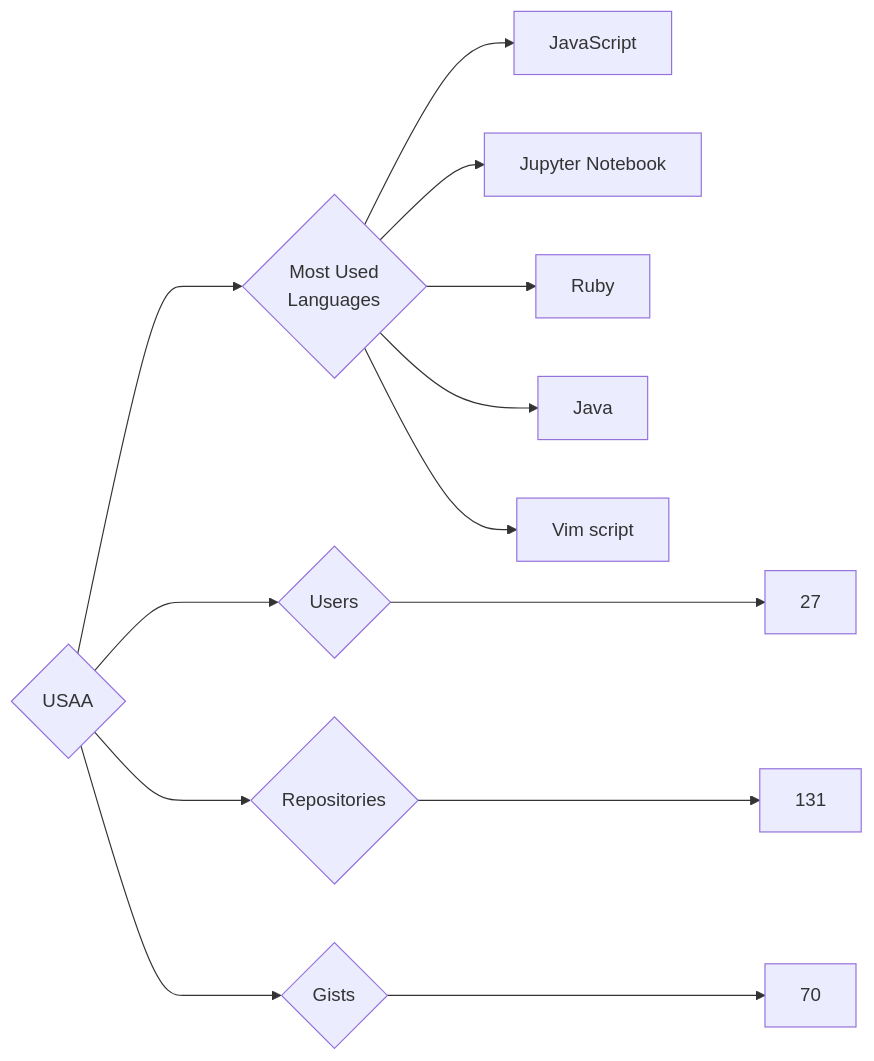
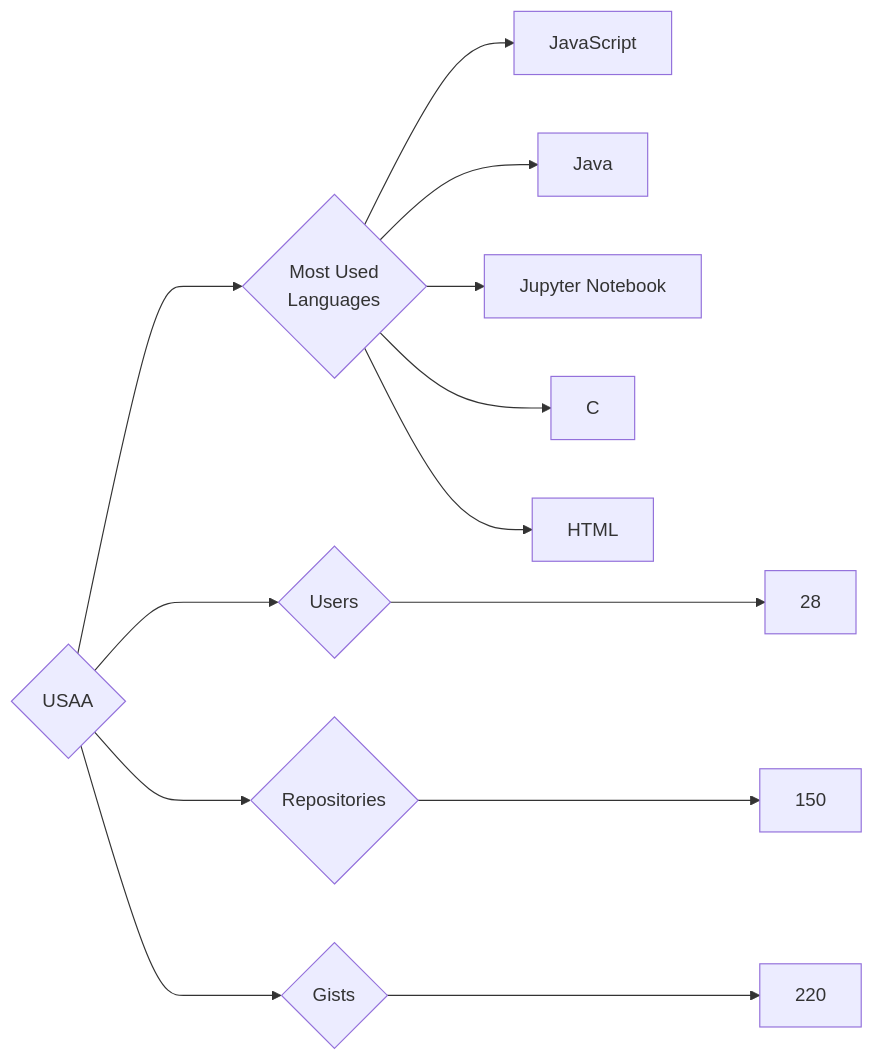
The diagram in targets/USAA/README.md (trickest/insiders), drawn with Mermaid before and after one commit. The commit also changed 829 other files, not shown here.

````diff
--- a/targets/USAA/README.md
+++ b/targets/USAA/README.md
@@ -3,13 +3,13 @@
 ```mermaid
 graph LR
 COMPANY_NAME{USAA}
-COMPANY_NAME ---> U{Users} ---> UN[27]
-COMPANY_NAME ---> R{Repositories} ---> RN[131]
-COMPANY_NAME ---> G{Gists} ---> GN[70]
+COMPANY_NAME ---> U{Users} ---> UN[28]
+COMPANY_NAME ---> R{Repositories} ---> RN[150]
+COMPANY_NAME ---> G{Gists} ---> GN[220]
 COMPANY_NAME ---> ML{Most Used<br>Languages}
 ML --> JavaScript[JavaScript]
+ML --> Java[Java]
 ML --> Jupyter_Notebook[Jupyter Notebook]
-ML --> Ruby[Ruby]
-ML --> Java[Java]
-ML --> Vim_script[Vim script]
+ML --> C[C]
+ML --> HTML[HTML]
 ```
````
